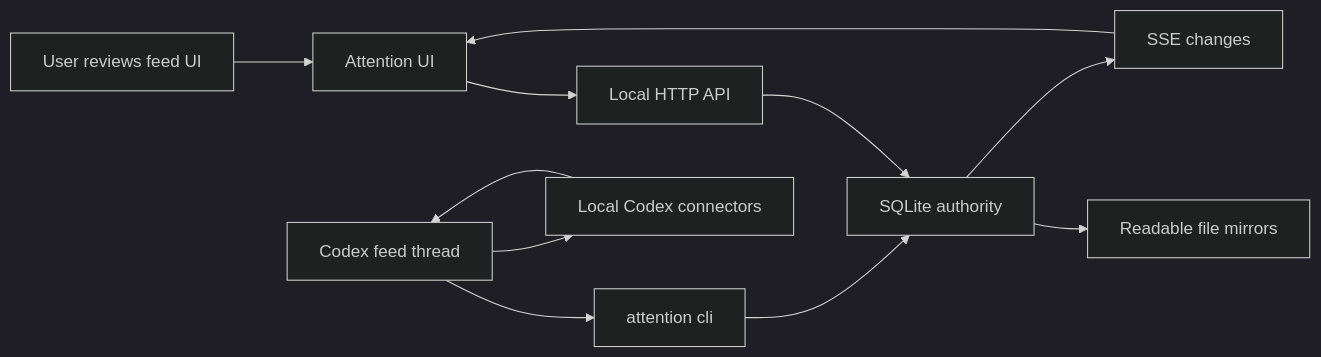
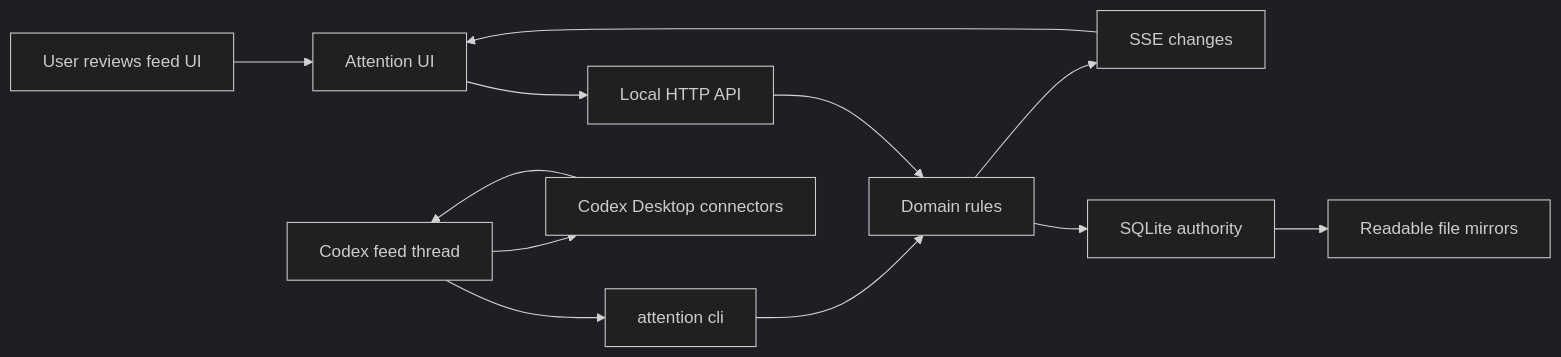
The diagram in README.md (EveryInc/tend), drawn with Mermaid (dark theme) before and after one commit. The commit also changed other lines of this file and 6 other files, not shown here.

````diff
--- a/README.md
+++ b/README.md
@@ -12,14 +13,15 @@
 ```mermaid
 flowchart LR
   User["User reviews feed UI"] --> UI["Attention UI"]
   UI --> API["Local HTTP API"]
-  API --> DB["SQLite authority"]
-  DB --> Mirror["Readable file mirrors"]
-  DB --> Events["SSE changes"]
+  API --> Domain["Domain rules"]
+  Domain --> DB["SQLite authority"]
+  DB --> Mirrors["Readable file mirrors"]
+  Domain --> Events["SSE changes"]
   Events --> UI
 
   Thread["Codex feed thread"] --> CLI["attention cli"]
-  CLI --> DB
-  Thread --> Connectors["Local Codex connectors"]
+  CLI --> Domain
+  Thread --> Connectors["Codex Desktop connectors"]
   Connectors --> Thread
 ```
````
